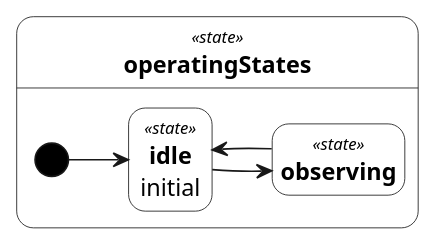
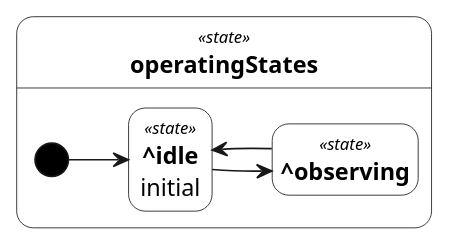
One commit to Open-MBEE/OpenSysML changed the second of 2 diagrams in internal/doc/docrender/testdata/telescope_report.plantuml.golden.md. Above: the diagram before and after it, drawn with PlantUML. The commit also changed 17 other files, not shown here.

````diff
--- a/internal/doc/docrender/testdata/telescope_report.plantuml.golden.md
+++ b/internal/doc/docrender/testdata/telescope_report.plantuml.golden.md
@@ -140,54 +140,54 @@
 ```plantuml
 @startuml
 ' state rendering (the diagram states kind "state")
 <style>
 root {
   BackGroundColor white
   FontName SansSerif
   FontSize 14
   FontColor black
   LineColor #181818
   HorizontalAlignment left
 }
 element {
   BackGroundColor white
   LineColor #181818
   LineThickness 0.5
   RoundCorner 0
   Shadowing 0.0
 }
 start, end, activityBar {
   BackGroundColor black
 }
 arrow {
   LineColor #181818
   LineThickness 1
   FontSize 13
 }
 note {
   BackGroundColor #FEFFDD
   FontSize 13
 }
 .usage {
   RoundCorner 20
 }
 .package {
   LineThickness 1.5
 }
 .region {
   LineStyle 4
 }
 </style>
 skinparam wrapWidth 300
 hide stereotype
 left to right direction
 hide empty description
 state "<size:10>//«state»//</size>\n**operatingStates**" as n0 <<state>> <<usage>> {
-  state "<size:10>//«state»//</size>\n**idle**\ninitial" as n1 <<state>> <<usage>>
-  state "<size:10>//«state»//</size>\n**observing**" as n2 <<state>> <<usage>>
+  state "<size:10>//«state»//</size>\n**^idle**\ninitial" as n1 <<state>> <<usage>>
+  state "<size:10>//«state»//</size>\n**^observing**" as n2 <<state>> <<usage>>
   [*] --> n1
 }
 n1 --> n2
 n2 --> n1
 @enduml
 ```
````
